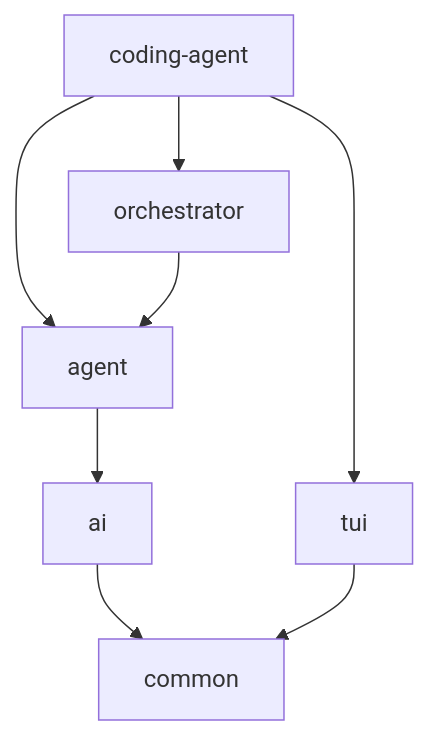
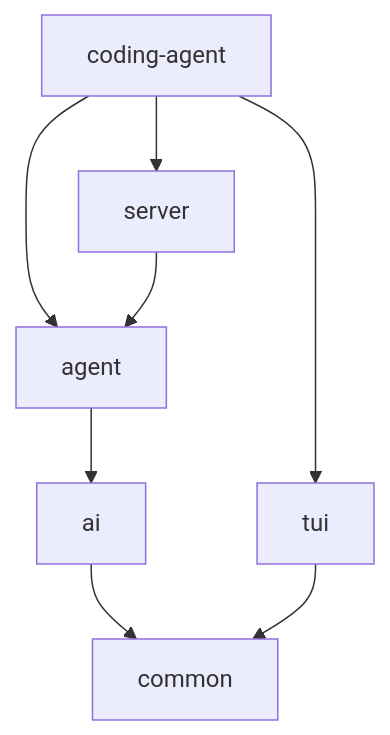
The diagram in docs/architecture.md (umuo/pi-java), drawn with Mermaid before and after one commit. The commit also changed other lines of this file and 127 other files, not shown here.

Commit message:
refactor: rename orchestrator to server module and expand AI providers and sync status

````diff
--- a/docs/architecture.md
+++ b/docs/architecture.md
@@ -51,10 +51,10 @@
 ```mermaid
 graph TD
     CA[coding-agent] --> A[agent]
     CA --> TUI[tui]
-    CA --> ORCH[orchestrator]
+    CA --> ORCH[server]
     ORCH --> A
     A --> AI[ai]
     AI --> COM[common]
     TUI --> COM
 ```
````
